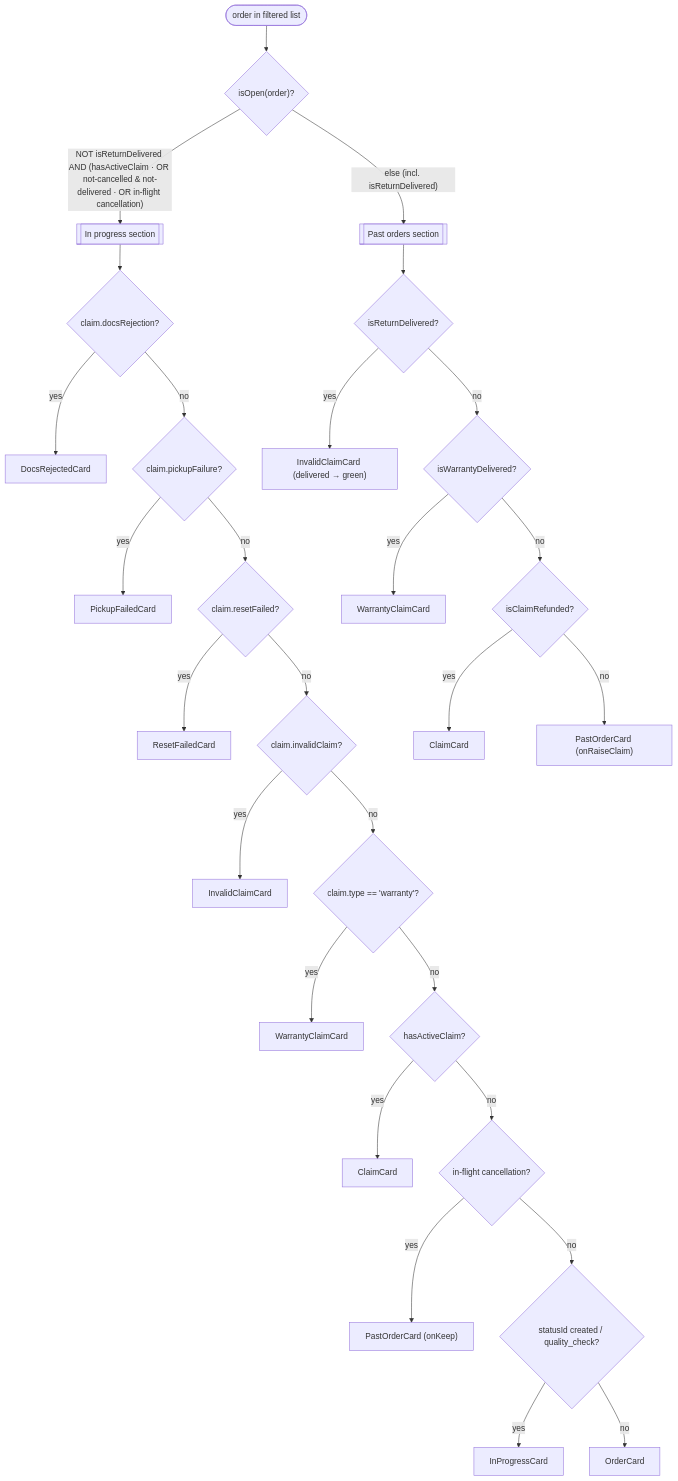
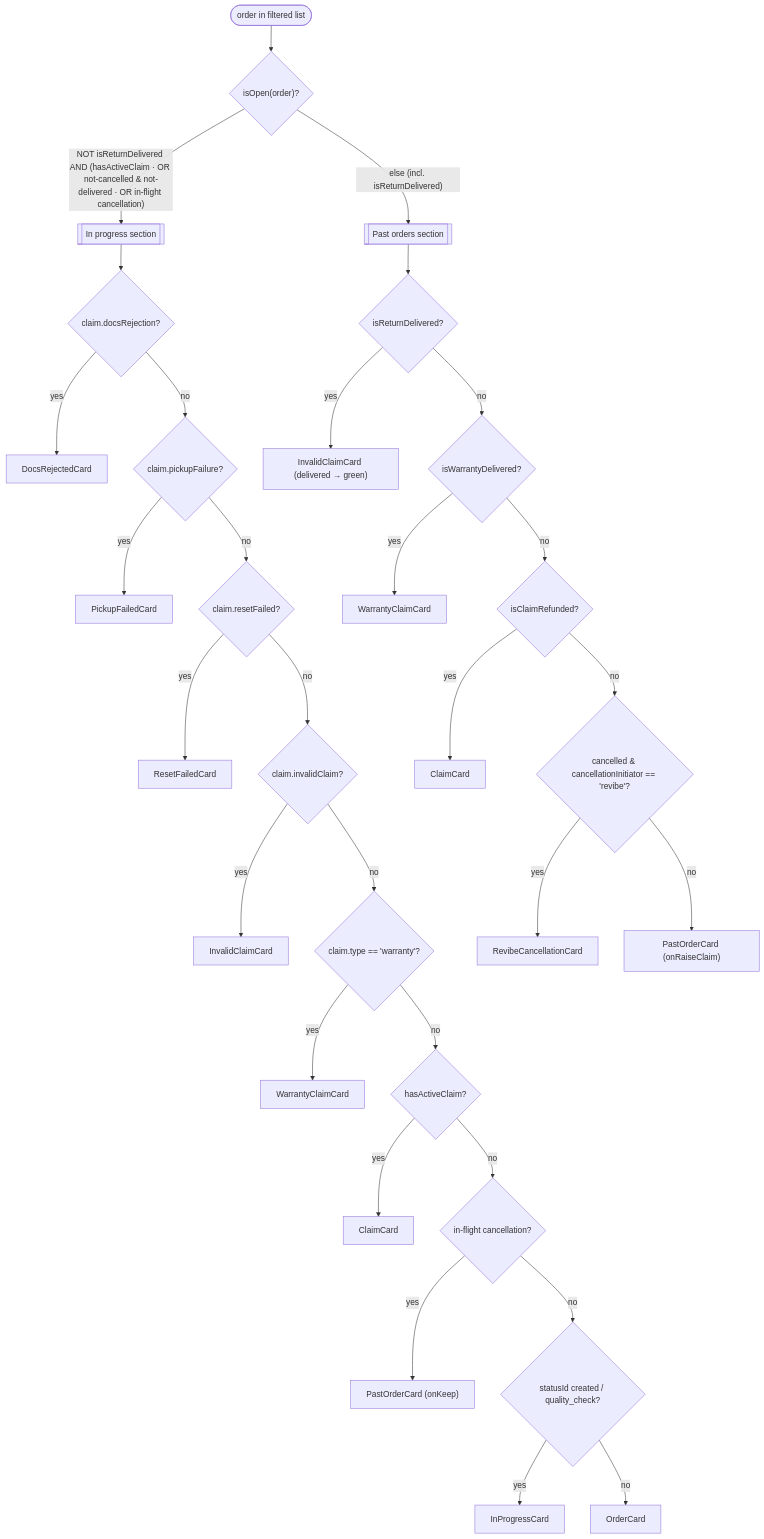
Before and after one commit to andrea-revibe/my-account-redesign-v2: the first of 3 diagrams in docs/output/diagrams.md, drawn with Mermaid. The commit also changed other lines of this file and 9 other files, not shown here.

````diff
--- a/docs/output/diagrams.md
+++ b/docs/output/diagrams.md
@@ -25,32 +25,34 @@
 ```mermaid
 flowchart TD
   start(["order in filtered list"]) --> isOpen{"isOpen(order)?"}
   isOpen -- "NOT isReturnDelivered AND (hasActiveClaim · OR not-cancelled & not-delivered · OR in-flight cancellation)" --> IP[["In progress section"]]
   isOpen -- "else (incl. isReturnDelivered)" --> PAST[["Past orders section"]]
 
   IP --> ip1{"claim.docsRejection?"}
   ip1 -- yes --> DocsRejectedCard
   ip1 -- no --> ip2{"claim.pickupFailure?"}
   ip2 -- yes --> PickupFailedCard
   ip2 -- no --> ip3{"claim.resetFailed?"}
   ip3 -- yes --> ResetFailedCard
   ip3 -- no --> ip4{"claim.invalidClaim?"}
   ip4 -- yes --> InvalidClaimCard
   ip4 -- no --> ip5{"claim.type == 'warranty'?"}
   ip5 -- yes --> WCI["WarrantyClaimCard"]
   ip5 -- no --> ip6{"hasActiveClaim?"}
   ip6 -- yes --> CCI["ClaimCard"]
   ip6 -- no --> ip7{"in-flight cancellation?"}
   ip7 -- yes --> POK["PastOrderCard (onKeep)"]
   ip7 -- no --> ip8{"statusId created / quality_check?"}
   ip8 -- yes --> InProgressCard
   ip8 -- no --> OrderCard
 
   PAST --> p0{"isReturnDelivered?"}
   p0 -- yes --> ICP["InvalidClaimCard (delivered → green)"]
   p0 -- no --> p1{"isWarrantyDelivered?"}
   p1 -- yes --> WCP["WarrantyClaimCard"]
   p1 -- no --> p2{"isClaimRefunded?"}
   p2 -- yes --> CCP["ClaimCard"]
-  p2 -- no --> POC["PastOrderCard (onRaiseClaim)"]
+  p2 -- no --> p3{"cancelled &amp; cancellationInitiator == 'revibe'?"}
+  p3 -- yes --> RCC["RevibeCancellationCard"]
+  p3 -- no --> POC["PastOrderCard (onRaiseClaim)"]
 ```
````
